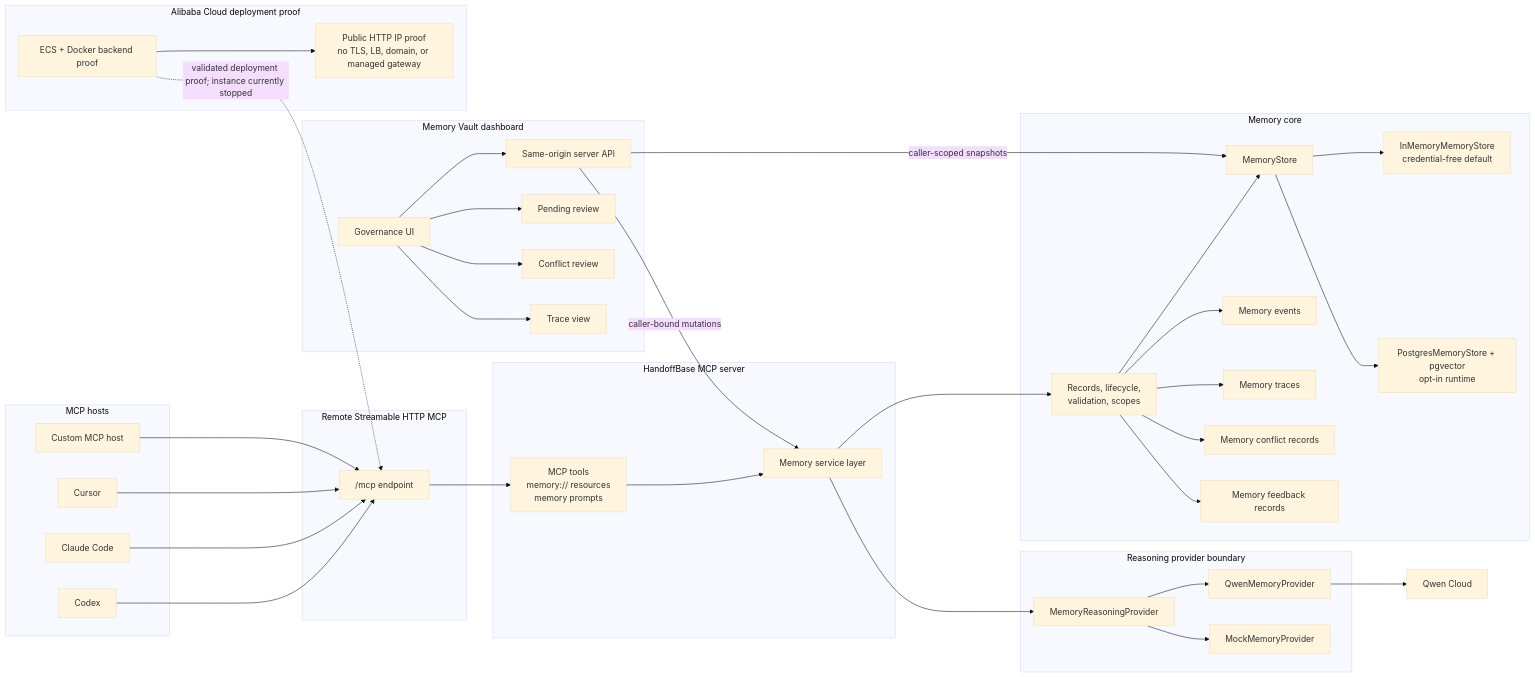
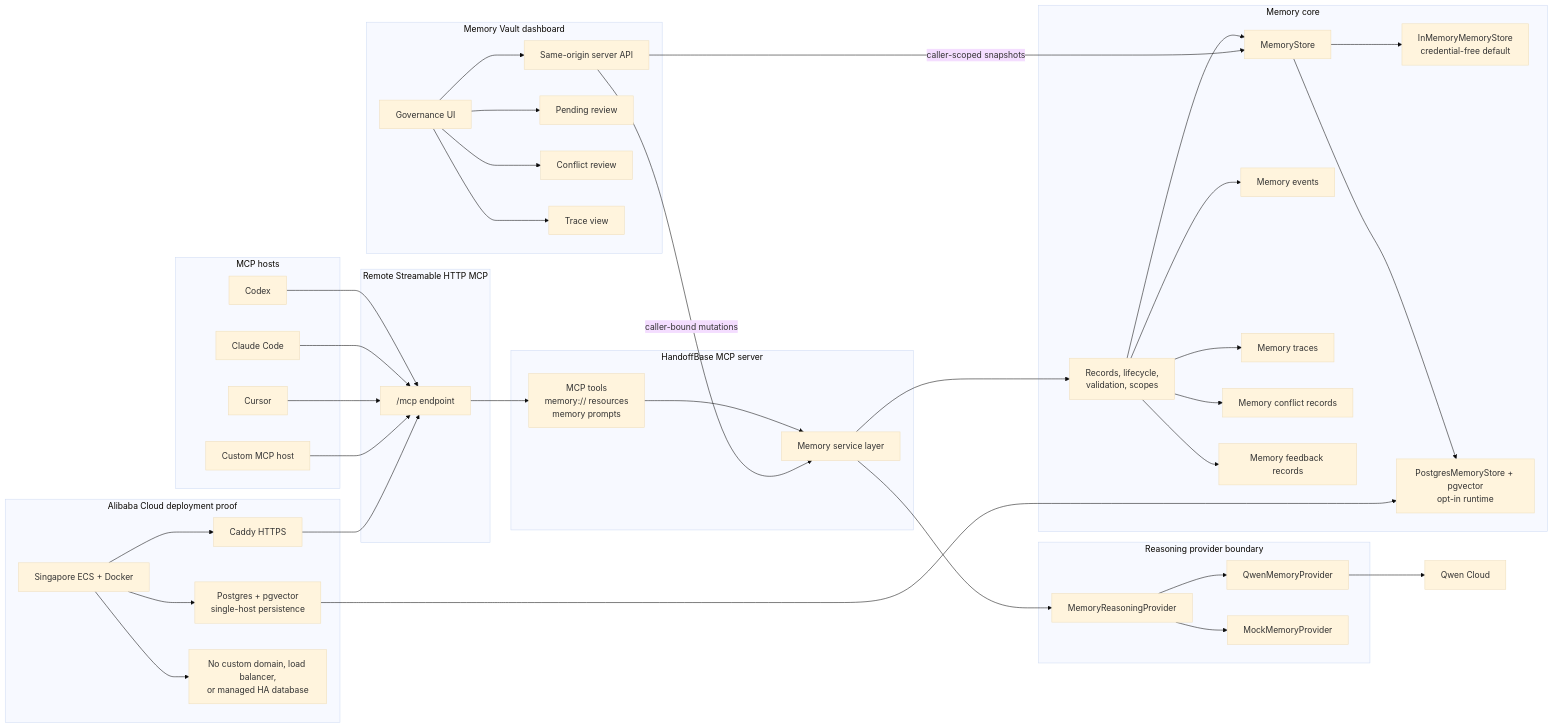
The diagram in docs/assets/architecture.mmd (jensonChow/handoffbase), drawn with Mermaid (base theme) before and after one commit. The commit also changed 20 other files, not shown here.

```diff
--- a/docs/assets/architecture.mmd
+++ b/docs/assets/architecture.mmd
@@ -1,77 +1,82 @@
 flowchart LR
   subgraph Hosts["MCP hosts"]
     Codex["Codex"]
     Claude["Claude Code"]
     Cursor["Cursor"]
     Custom["Custom MCP host"]
   end
 
   subgraph Remote["Remote Streamable HTTP MCP"]
     Endpoint["/mcp endpoint"]
   end
 
   subgraph ServerLayer["HandoffBase MCP server"]
     Surface["MCP tools<br/>memory:// resources<br/>memory prompts"]
     Service["Memory service layer"]
   end
 
   subgraph ProviderLayer["Reasoning provider boundary"]
     ProviderBoundary["MemoryReasoningProvider"]
     QwenProvider["QwenMemoryProvider"]
     MockProvider["MockMemoryProvider"]
   end
 
   subgraph CoreLayer["Memory core"]
     Core["Records, lifecycle,<br/>validation, scopes"]
     Store["MemoryStore"]
     InMemory["InMemoryMemoryStore<br/>credential-free default"]
     Postgres["PostgresMemoryStore + pgvector<br/>opt-in runtime"]
     Events["Memory events"]
     Trace["Memory traces"]
     Conflicts["Memory conflict records"]
     Feedback["Memory feedback records"]
   end
 
   subgraph DashboardLayer["Memory Vault dashboard"]
     Dashboard["Governance UI"]
     DashboardAPI["Same-origin server API"]
     Pending["Pending review"]
     ConflictReview["Conflict review"]
     TraceView["Trace view"]
   end
 
   subgraph CloudProof["Alibaba Cloud deployment proof"]
-    ECS["ECS + Docker backend proof"]
-    Limits["Public HTTP IP proof<br/>no TLS, LB, domain, or managed gateway"]
+    ECS["Singapore ECS + Docker"]
+    Edge["Caddy HTTPS"]
+    LiveDB["Postgres + pgvector<br/>single-host persistence"]
+    Limits["No custom domain, load balancer,<br/>or managed HA database"]
   end
 
   Codex --> Endpoint
   Claude --> Endpoint
   Cursor --> Endpoint
   Custom --> Endpoint
   Endpoint --> Surface
   Surface --> Service
 
   Service --> ProviderBoundary
   ProviderBoundary --> QwenProvider
   ProviderBoundary --> MockProvider
   QwenProvider --> QwenCloud["Qwen Cloud"]
 
   Service --> Core
   Core --> Store
   Store --> InMemory
   Store --> Postgres
   Core --> Events
   Core --> Trace
   Core --> Conflicts
   Core --> Feedback
 
   Dashboard --> DashboardAPI
   DashboardAPI -->|caller-bound mutations| Service
   DashboardAPI -->|caller-scoped snapshots| Store
   Dashboard --> Pending
   Dashboard --> ConflictReview
   Dashboard --> TraceView
 
-  ECS -. "validated deployment proof; instance currently stopped" .-> Endpoint
+  ECS --> Edge
+  Edge --> Endpoint
+  ECS --> LiveDB
+  LiveDB --> Postgres
   ECS --> Limits
```
